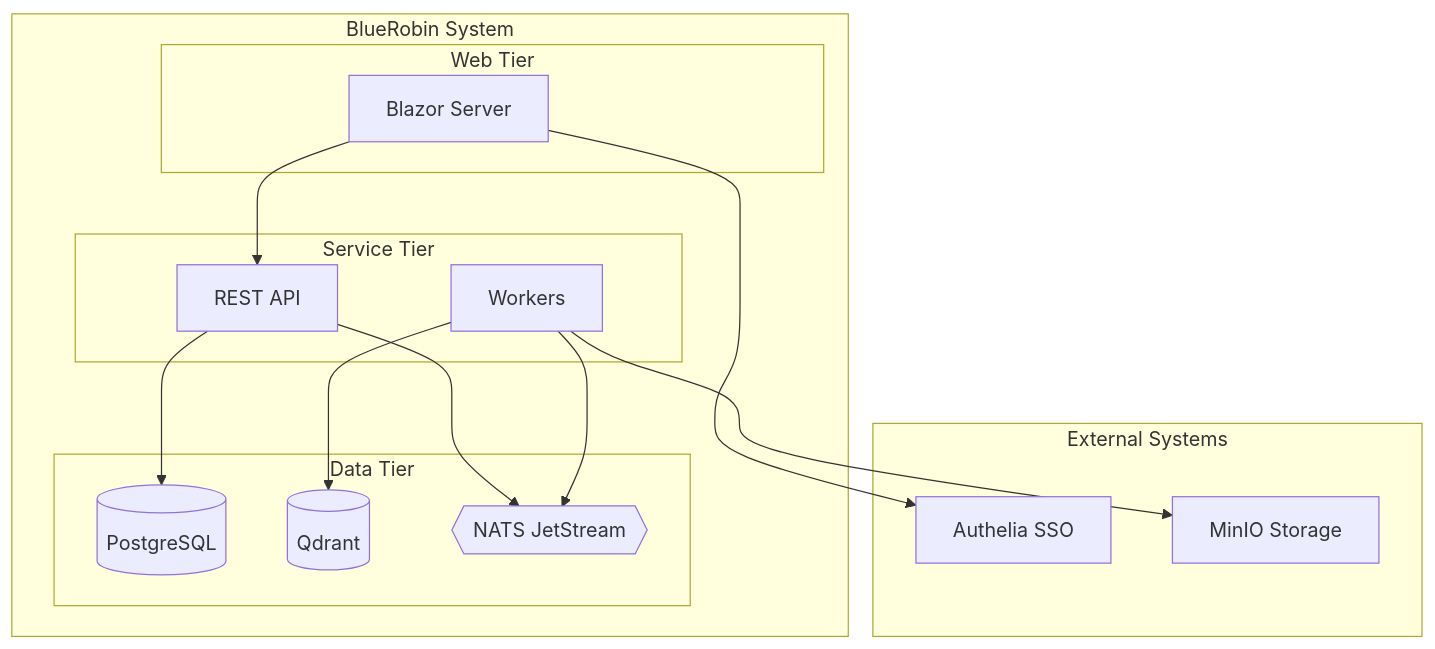
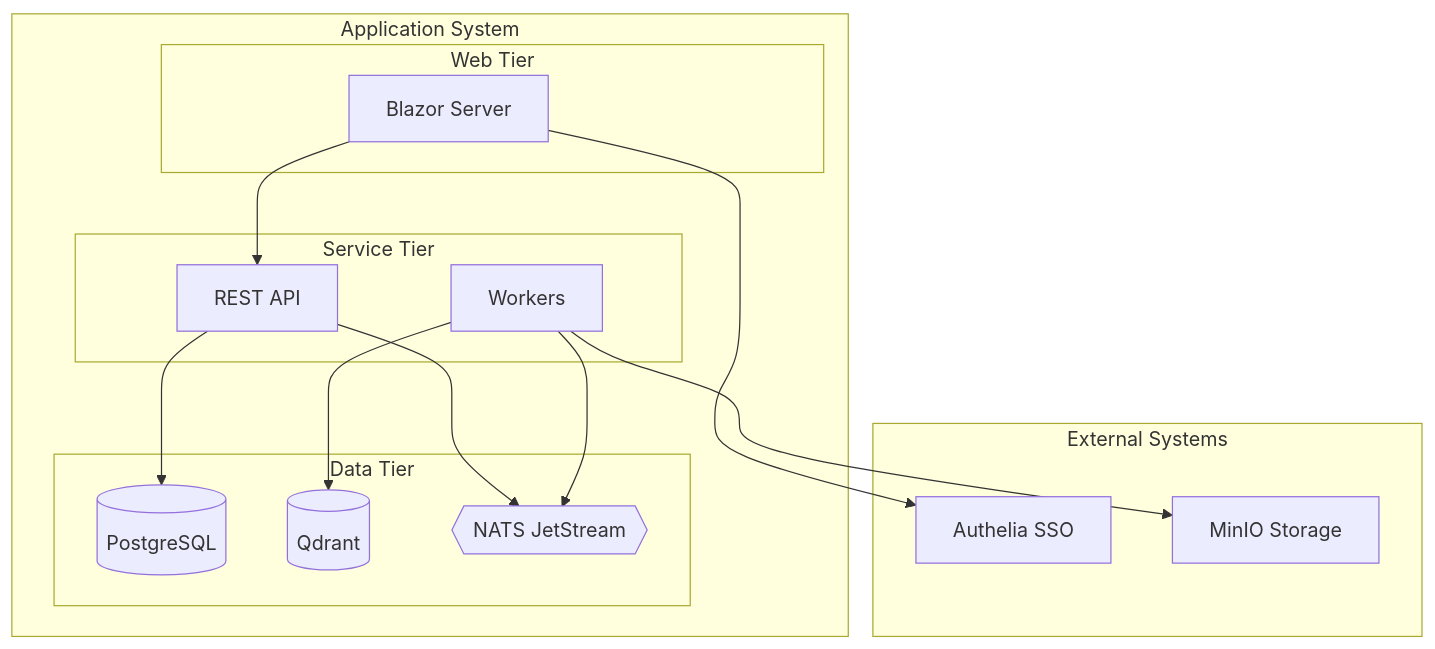
Before and after one commit to viktorrobin/bluerobin-blog: diagram 11 of 16 in src/content/blog/mermaid-diagrams-technical-documentation.mdx, drawn with Mermaid. The commit also changed other lines of this file and 111 other files, not shown here.

````diff
--- a/src/content/blog/mermaid-diagrams-technical-documentation.mdx
+++ b/src/content/blog/mermaid-diagrams-technical-documentation.mdx
@@ -274,32 +274,32 @@
 ```mermaid
 graph TB
     subgraph External ["External Systems"]
         Auth[Authelia SSO]
         MinIO[MinIO Storage]
     end
     
-    subgraph BlueRobin ["BlueRobin System"]
+    subgraph App ["Application System"]
         subgraph Web ["Web Tier"]
             Blazor[Blazor Server]
         end
         
         subgraph Services ["Service Tier"]
             API[REST API]
             Workers[Workers]
         end
         
         subgraph Data ["Data Tier"]
             PG[(PostgreSQL)]
             Qdrant[(Qdrant)]
             NATS{{NATS JetStream}}
         end
     end
     
     Blazor --> Auth
     Blazor --> API
     API --> PG
     API --> NATS
     Workers --> NATS
     Workers --> Qdrant
     Workers --> MinIO
 ```
````
